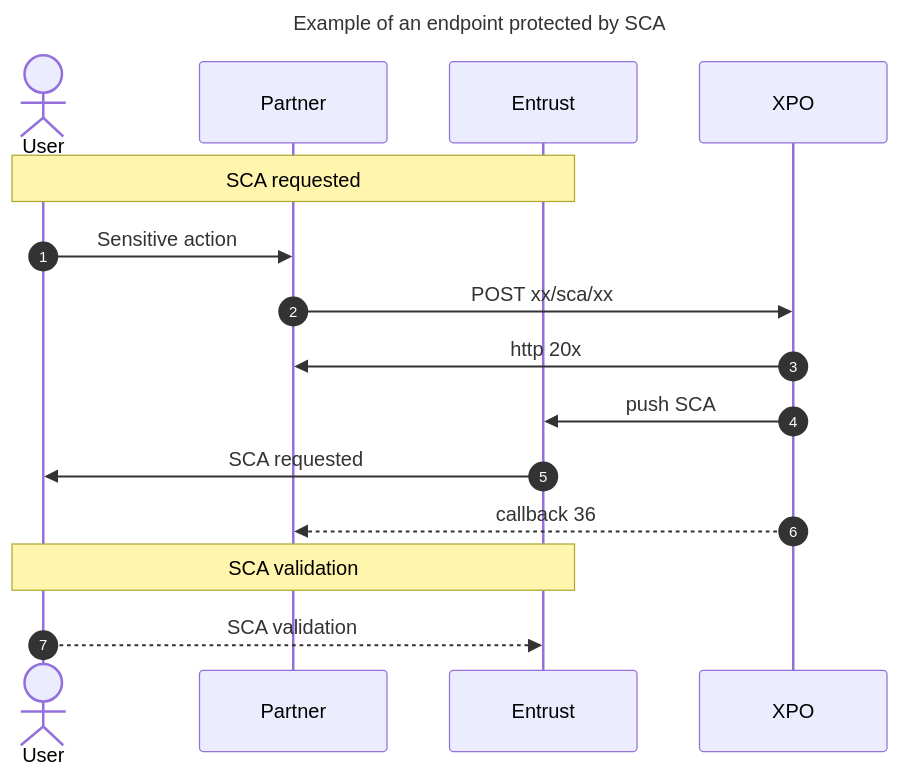
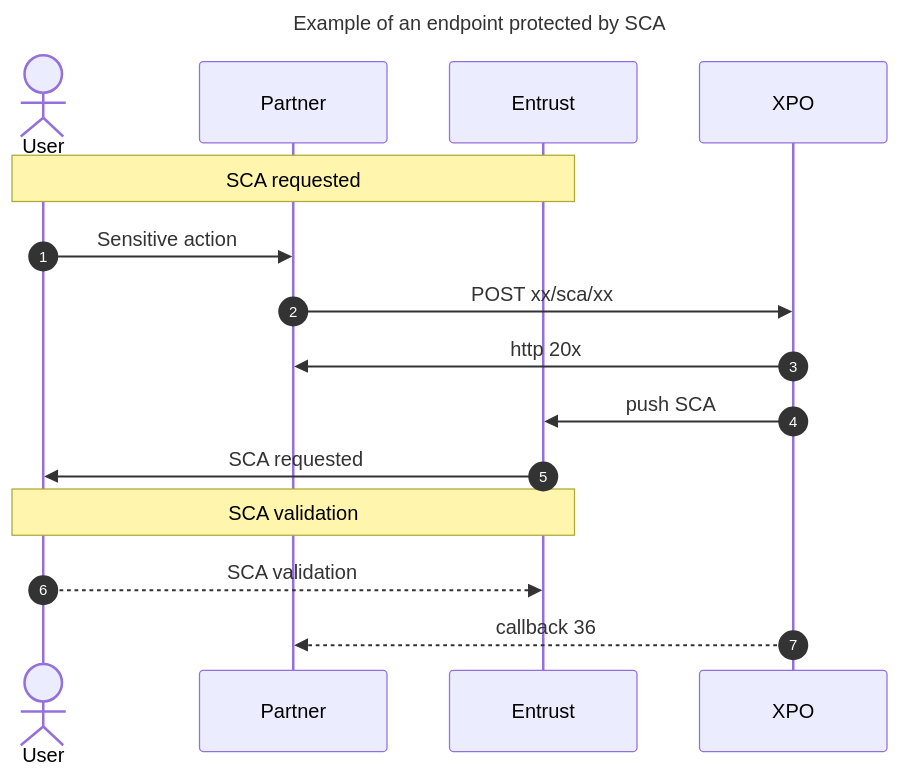
Before and after one commit to pomme-clic/s-money-documentation: the first of 5 diagrams in docs/usecases/strong_customer_authentication/Strong_Customer_Authentication.md, drawn with Mermaid.

````diff
--- a/docs/usecases/strong_customer_authentication/Strong_Customer_Authentication.md
+++ b/docs/usecases/strong_customer_authentication/Strong_Customer_Authentication.md
@@ -29,22 +29,21 @@
 ```mermaid
 sequenceDiagram
 Title: Example of an endpoint protected by SCA
 autoNumber
 Actor User
 Participant Partner
 Participant Entrust
 Participant XPO
 
 Note over User, Entrust: SCA requested
 User ->> Partner: Sensitive action
 Partner ->> XPO: POST xx/sca/xx
 XPO ->> Partner: http 20x
 XPO ->> Entrust: push SCA
 Entrust ->> User: SCA requested
-XPO -->> Partner: callback 36
 
 Note over User, Entrust: SCA validation
 User -->> Entrust: SCA validation
-
+XPO -->> Partner: callback 36
 
 ```
````
